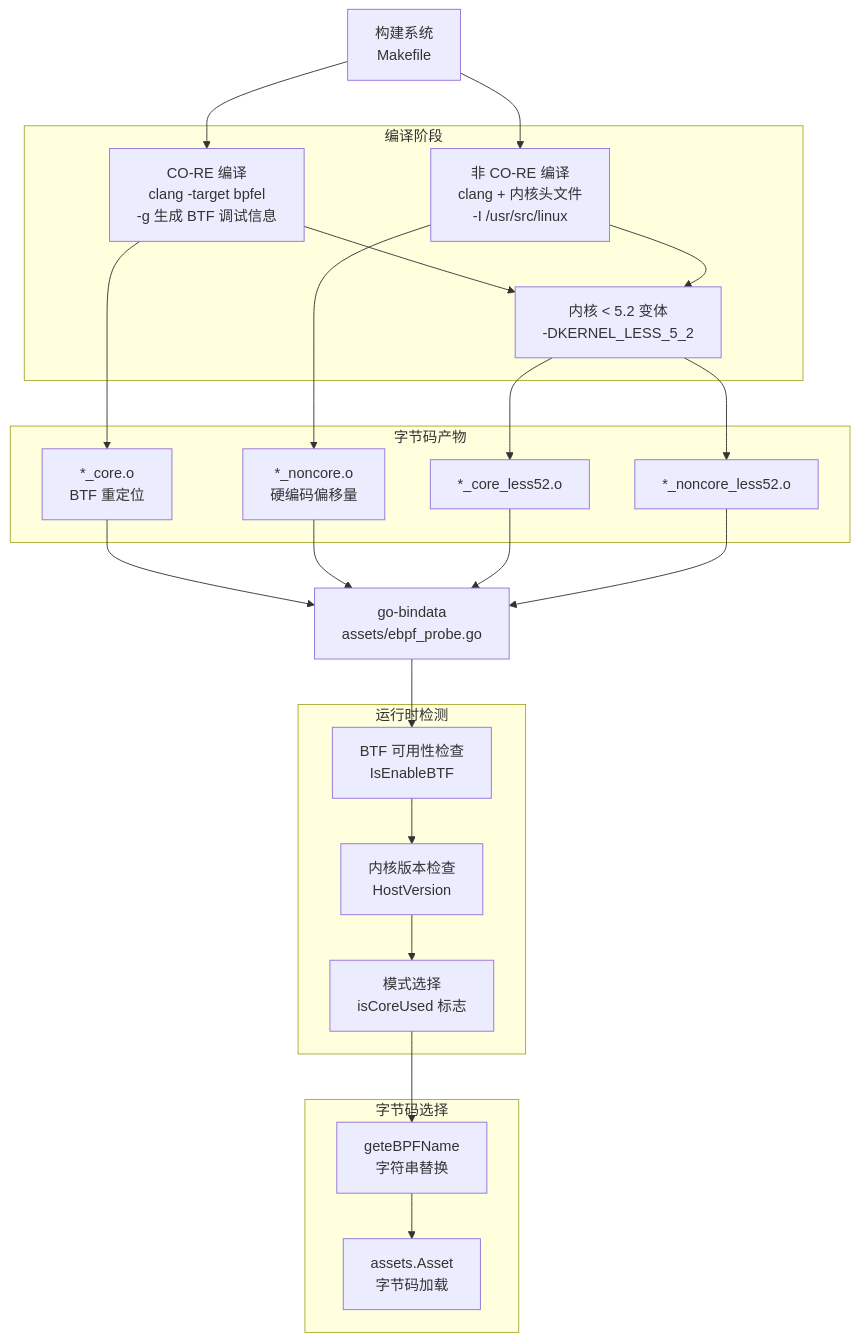
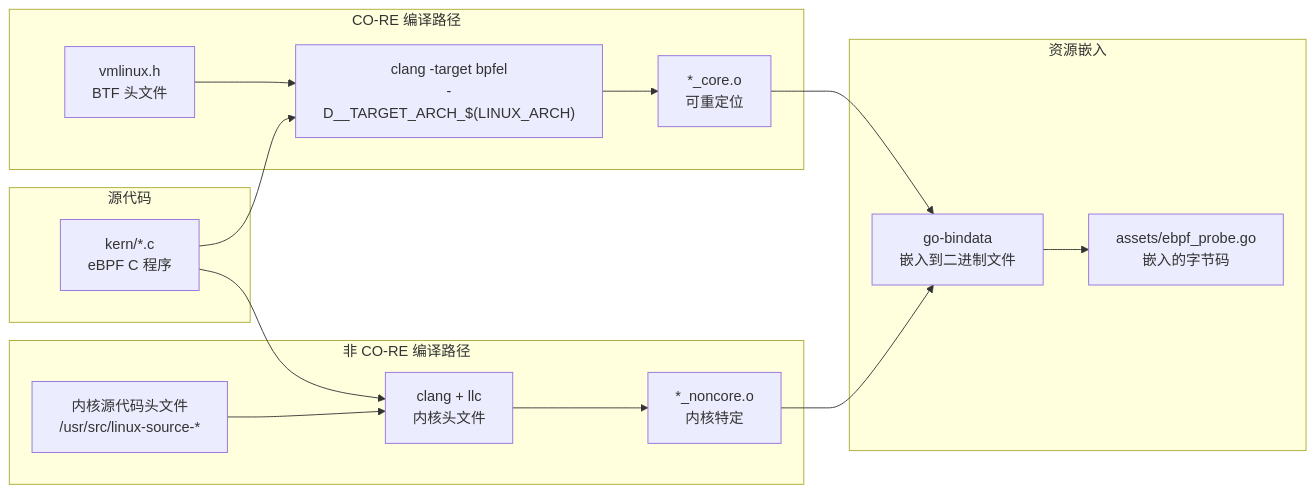
The second of 11 diagrams in src/zh/2-architecture/2.1-ebpf-engine.md (gojue/ecapture.cc), drawn with Mermaid before and after one commit. The commit also changed other lines of this file and 70 other files, not shown here.

Commit message:
feat: update sidebar and navigation links for architecture and shell command auditing sections

````diff
--- a/src/zh/2-architecture/2.1-ebpf-engine.md
+++ b/src/zh/2-architecture/2.1-ebpf-engine.md
@@ -112,51 +64,35 @@
 ```mermaid
-graph TB
-    START["构建系统<br/>Makefile"]
-    
-    subgraph "编译阶段"
-        CORE_COMP["CO-RE 编译<br/>clang -target bpfel<br/>-g 生成 BTF 调试信息"]
-        NONCORE_COMP["非 CO-RE 编译<br/>clang + 内核头文件<br/>-I /usr/src/linux"]
-        LESS52["内核 < 5.2 变体<br/>-DKERNEL_LESS_5_2"]
+graph LR
+    subgraph "源代码"
+        KernC["kern/*.c<br/>eBPF C 程序"]
     end
     
-    subgraph "字节码产物"
-        CORE_OBJ["*_core.o<br/>BTF 重定位"]
-        NONCORE_OBJ["*_noncore.o<br/>硬编码偏移量"]
-        LESS52_CORE["*_core_less52.o"]
-        LESS52_NONCORE["*_noncore_less52.o"]
+    subgraph "CO-RE 编译路径"
+        ClangCORE["clang -target bpfel<br/>-D__TARGET_ARCH_$(LINUX_ARCH)"]
+        VMLinux["vmlinux.h<br/>BTF 头文件"]
+        CoreObj["*_core.o<br/>可重定位"]
+        
+        KernC --> ClangCORE
+        VMLinux --> ClangCORE
+        ClangCORE --> CoreObj
     end
     
-    EMBED["go-bindata<br/>assets/ebpf_probe.go"]
-    
-    subgraph "运行时检测"
-        BTF_CHECK["BTF 可用性检查<br/>IsEnableBTF"]
-        KVER_CHECK["内核版本检查<br/>HostVersion"]
-        MODE_SELECT["模式选择<br/>isCoreUsed 标志"]
+    subgraph "非 CO-RE 编译路径"
+        ClangNonCORE["clang + llc<br/>内核头文件"]
+        KernHeaders["内核源代码头文件<br/>/usr/src/linux-source-*"]
+        NonCoreObj["*_noncore.o<br/>内核特定"]
+        
+        KernC --> ClangNonCORE
+        KernHeaders --> ClangNonCORE
+        ClangNonCORE --> NonCoreObj
     end
     
-    subgraph "字节码选择"
-        GETEBPF["geteBPFName<br/>字符串替换"]
-        LOAD["assets.Asset<br/>字节码加载"]
+    subgraph "资源嵌入"
+        GoBinData["go-bindata<br/>嵌入到二进制文件"]
+        AssetsGo["assets/ebpf_probe.go<br/>嵌入的字节码"]
+        
+        CoreObj --> GoBinData
+        NonCoreObj --> GoBinData
+        GoBinData --> AssetsGo
     end
-    
-    START --> CORE_COMP
-    START --> NONCORE_COMP
-    CORE_COMP --> LESS52
-    NONCORE_COMP --> LESS52
-    
-    CORE_COMP --> CORE_OBJ
-    NONCORE_COMP --> NONCORE_OBJ
-    LESS52 --> LESS52_CORE
-    LESS52 --> LESS52_NONCORE
-    
-    CORE_OBJ --> EMBED
-    NONCORE_OBJ --> EMBED
-    LESS52_CORE --> EMBED
-    LESS52_NONCORE --> EMBED
-    
-    EMBED --> BTF_CHECK
-    BTF_CHECK --> KVER_CHECK
-    KVER_CHECK --> MODE_SELECT
-    MODE_SELECT --> GETEBPF
-    GETEBPF --> LOAD
 ```
````
